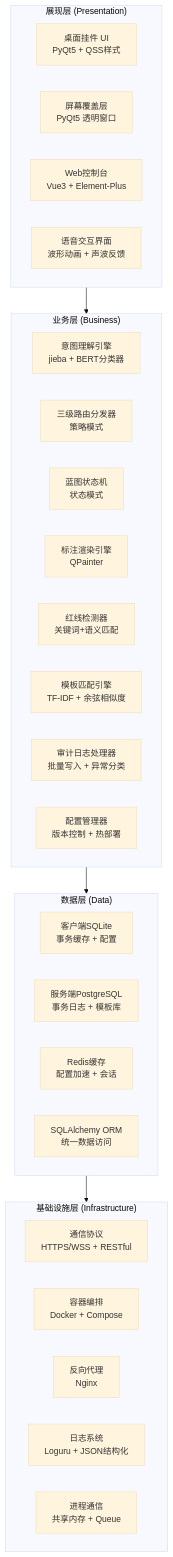
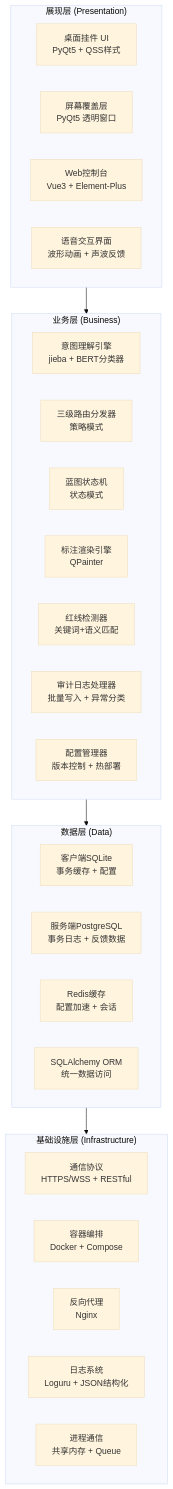
One commit to eicon-xyz/Fuzzy-Visual-Assisted-Question-Answering-System changed the seventh of 12 diagrams in 项目文档/UML_diagrams.md. Above: the diagram before and after it, drawn with Mermaid (base theme). The commit also changed other lines of this file and 12 other files, not shown here.

````diff
--- a/项目文档/UML_diagrams.md
+++ b/项目文档/UML_diagrams.md
@@ -462,37 +433,36 @@
 ```mermaid
 graph TB
     subgraph PRES["展现层 (Presentation)"]
         UI1["桌面挂件 UI<br/>PyQt5 + QSS样式"]
         UI2["屏幕覆盖层<br/>PyQt5 透明窗口"]
         UI3["Web控制台<br/>Vue3 + Element-Plus"]
         UI4["语音交互界面<br/>波形动画 + 声波反馈"]
     end
 
     subgraph BIZ["业务层 (Business)"]
         B1["意图理解引擎<br/>jieba + BERT分类器"]
         B2["三级路由分发器<br/>策略模式"]
         B3["蓝图状态机<br/>状态模式"]
         B4["标注渲染引擎<br/>QPainter"]
         B5["红线检测器<br/>关键词+语义匹配"]
-        B6["模板匹配引擎<br/>TF-IDF + 余弦相似度"]
-        B7["审计日志处理器<br/>批量写入 + 异常分类"]
+        B6["审计日志处理器<br/>批量写入 + 异常分类"]
         B8["配置管理器<br/>版本控制 + 热部署"]
     end
 
     subgraph DATA_L["数据层 (Data)"]
         D1["客户端SQLite<br/>事务缓存 + 配置"]
-        D2["服务端PostgreSQL<br/>事务日志 + 模板库"]
+        D2["服务端PostgreSQL<br/>事务日志 + 反馈数据"]
         D3["Redis缓存<br/>配置加速 + 会话"]
         D4["SQLAlchemy ORM<br/>统一数据访问"]
     end
 
     subgraph INFRA["基础设施层 (Infrastructure)"]
         I1["通信协议<br/>HTTPS/WSS + RESTful"]
         I2["容器编排<br/>Docker + Compose"]
         I3["反向代理<br/>Nginx"]
         I4["日志系统<br/>Loguru + JSON结构化"]
         I5["进程通信<br/>共享内存 + Queue"]
     end
 
     PRES --> BIZ --> DATA_L --> INFRA
 ```
````
